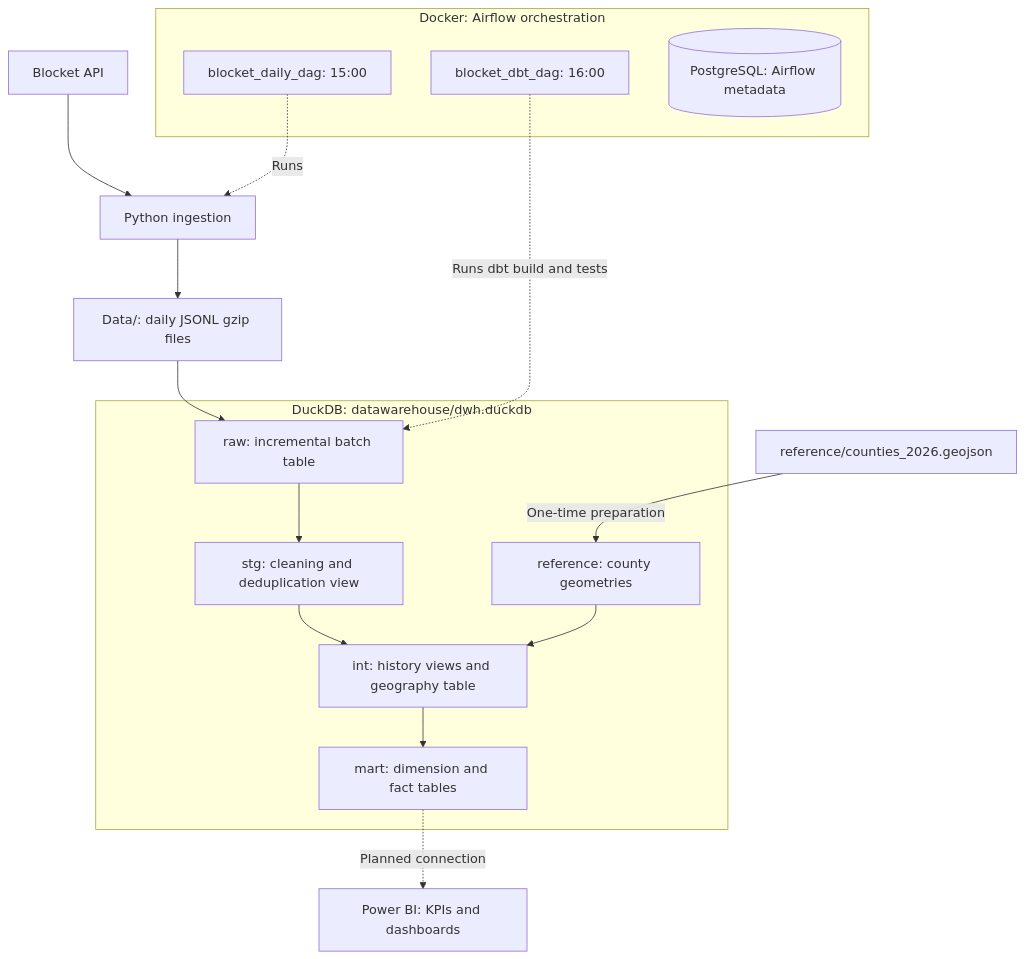
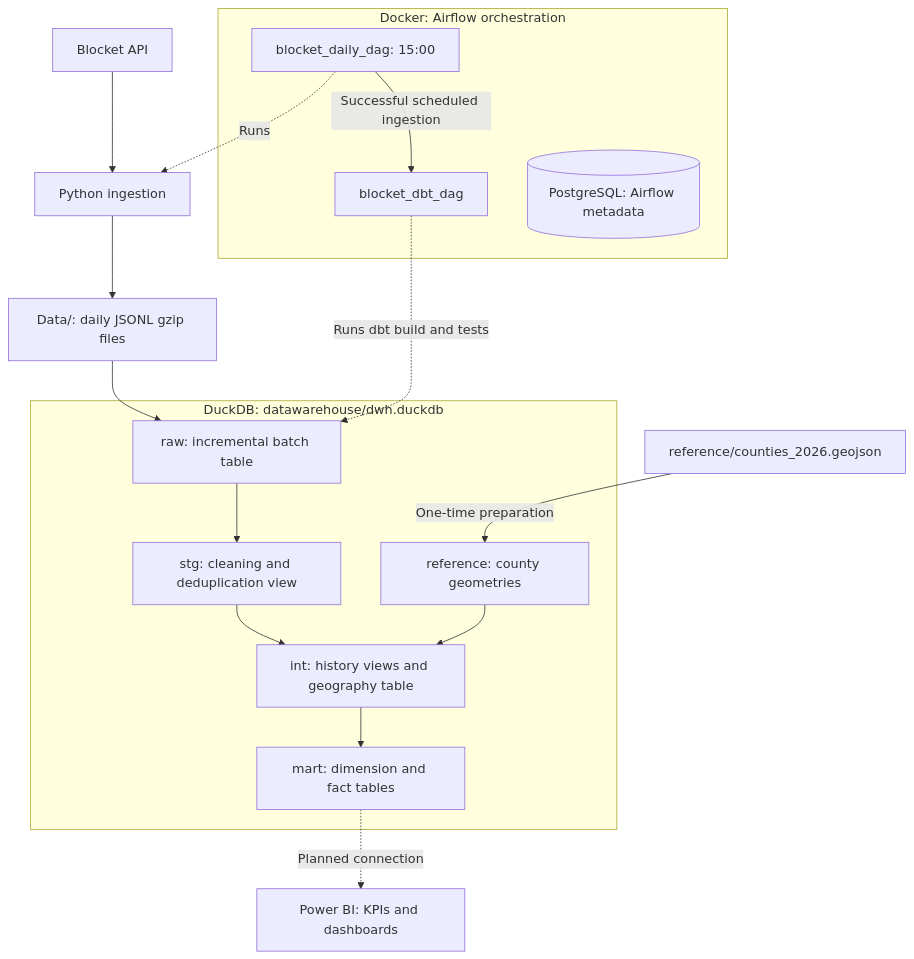
One commit to Alexx-AI-Hub/Datapipeline-car-listings changed the first of 2 diagrams in README.md. Above: the diagram before and after it, drawn with Mermaid. The commit also changed other lines of this file and 2 other files, not shown here.

First line of the commit message:
Trigger dbt after successful scheduled ingestion

````diff
--- a/README.md
+++ b/README.md
@@ -26,28 +26,29 @@
 ```mermaid
 flowchart TD
     API["Blocket API"] --> PY["Python ingestion"]
     PY --> FILES["Data/: daily JSONL gzip files"]
 
     subgraph warehouse ["DuckDB: datawarehouse/dwh.duckdb"]
         RAW["raw: incremental batch table"]
         STG["stg: cleaning and deduplication view"]
         INT["int: history views and geography table"]
         MART["mart: dimension and fact tables"]
         REF["reference: county geometries"]
         RAW --> STG --> INT --> MART
         REF --> INT
     end
 
     FILES --> RAW
     GEO["reference/counties_2026.geojson"] -->|One-time preparation| REF
     MART -. Planned connection .-> BI["Power BI: KPIs and dashboards"]
 
     subgraph orchestration ["Docker: Airflow orchestration"]
         ING["blocket_daily_dag: 15:00"]
-        DBT["blocket_dbt_dag: 16:00"]
+        DBT["blocket_dbt_dag"]
+        ING -->|Successful scheduled ingestion| DBT
         PG[("PostgreSQL: Airflow metadata")]
     end
 
     ING -. Runs .-> PY
     DBT -. Runs dbt build and tests .-> RAW
 ```
````
